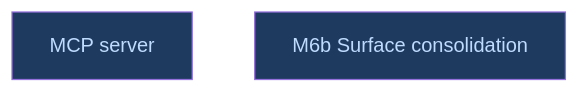
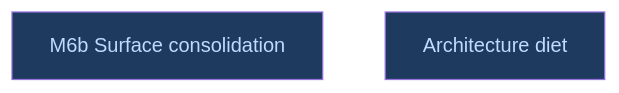
Before and after one commit to CrackingShells/Candler: the diagram in __roadmap__/candler-v1/contracts/parity/alignment/surfaces/isolation/m5b/stats/surface/README.md, drawn with Mermaid. The commit also changed other lines of this file and 10 other files, not shown here.

````diff
--- a/__roadmap__/candler-v1/contracts/parity/alignment/surfaces/isolation/m5b/stats/surface/README.md
+++ b/__roadmap__/candler-v1/contracts/parity/alignment/surfaces/isolation/m5b/stats/surface/README.md
@@ -16,10 +16,10 @@
 ```mermaid
 graph TD
-    mcp[MCP server]:::amendment
     m6b_surface_consolidation[M6b Surface consolidation]:::amendment
+    diet[Architecture diet]:::amendment
     classDef done       fill:#166534,color:#bbf7d0
     classDef inprogress fill:#854d0e,color:#fef08a
     classDef planned    fill:#374151,color:#e5e7eb
     classDef amendment  fill:#1e3a5f,color:#bfdbfe
     classDef blocked    fill:#7f1d1d,color:#fecaca
 ```
````
